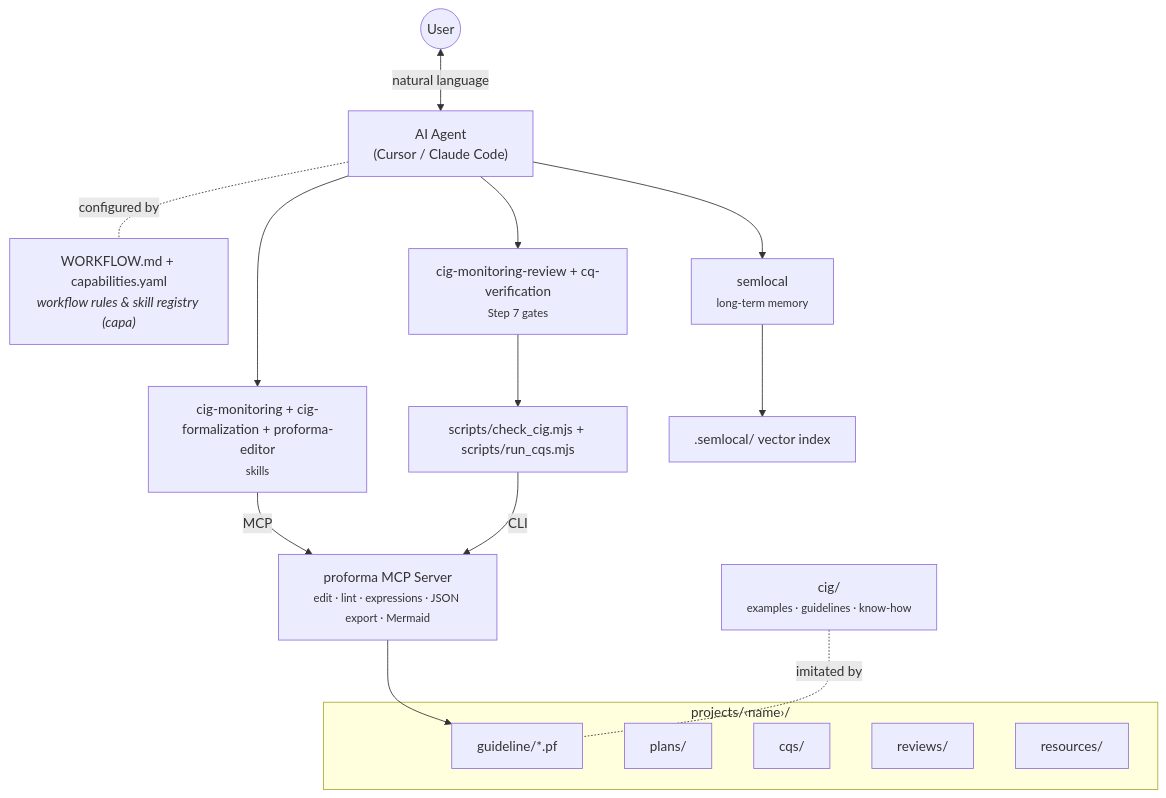
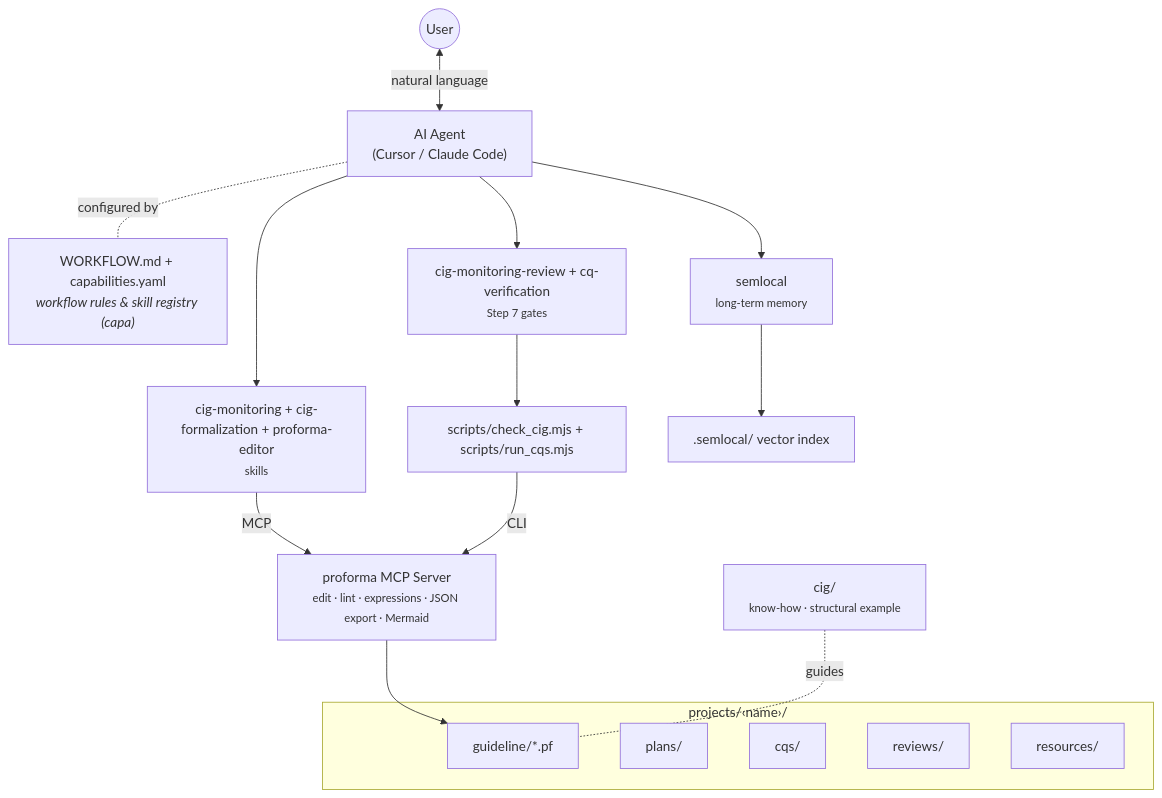
The diagram in README.md (MorPeleg/agentic-cig-monitoring-development-kit), drawn with Mermaid before and after one commit. The commit also changed other lines of this file and 45 other files, not shown here.

````diff
--- a/README.md
+++ b/README.md
@@ -9,29 +9,29 @@
 ```mermaid
 flowchart TB
     User(("User"))
 
     User <-->|natural language| Agent["AI Agent<br/>(Cursor / Claude Code)"]
 
     Agent -.-|configured by| Config["WORKFLOW.md &plus; capabilities.yaml<br/><i>workflow rules &amp; skill registry (capa)</i>"]
 
     Agent --> Skills["cig-monitoring &plus; cig-formalization &plus; proforma-editor<br/><small>skills</small>"]
     Agent --> Gates["cig-monitoring-review &plus; cq-verification<br/><small>Step 7 gates</small>"]
     Agent --> Memory["semlocal<br/><small>long-term memory</small>"]
 
     Skills -->|MCP| MCP["proforma MCP Server<br/><small>edit · lint · expressions · JSON export · Mermaid</small>"]
     Gates --> Scripts["scripts/check_cig.mjs &plus; scripts/run_cqs.mjs"]
     Scripts -->|CLI| MCP
     Memory --> Idx[".semlocal/ vector index"]
 
     MCP --> PF
 
     subgraph Project ["projects/‹name›/"]
         PF["guideline/*.pf"]
         Plans["plans/"]
         CQs["cqs/"]
         Reviews["reviews/"]
         Res["resources/"]
     end
 
-    CIG["cig/<br/><small>examples · guidelines · know-how</small>"] -.-|imitated by| PF
+    CIG["cig/<br/><small>know-how · structural example</small>"] -.-|guides| PF
 ```
````
